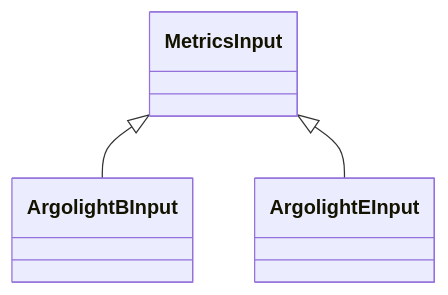
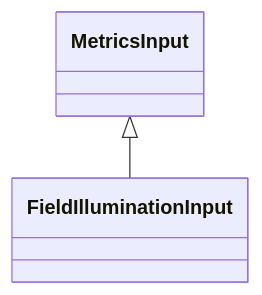
One commit to juliomateoslangerak/microscope-metrics changed the diagram in docs/schema/samples/MetricsInput.md. Above: the diagram before and after it, drawn with Mermaid. The commit also changed other lines of this file and 193 other files, not shown here.

Commit message:
Minor updates to the schema - ROI is lowercase - More descriptions

````diff
--- a/docs/schema/samples/MetricsInput.md
+++ b/docs/schema/samples/MetricsInput.md
@@ -17,8 +17,7 @@
 ```mermaid
  classDiagram
     class MetricsInput
-      MetricsInput <|-- ArgolightBInput
-      MetricsInput <|-- ArgolightEInput
+      MetricsInput <|-- FieldIlluminationInput
       
       
 ```
````
